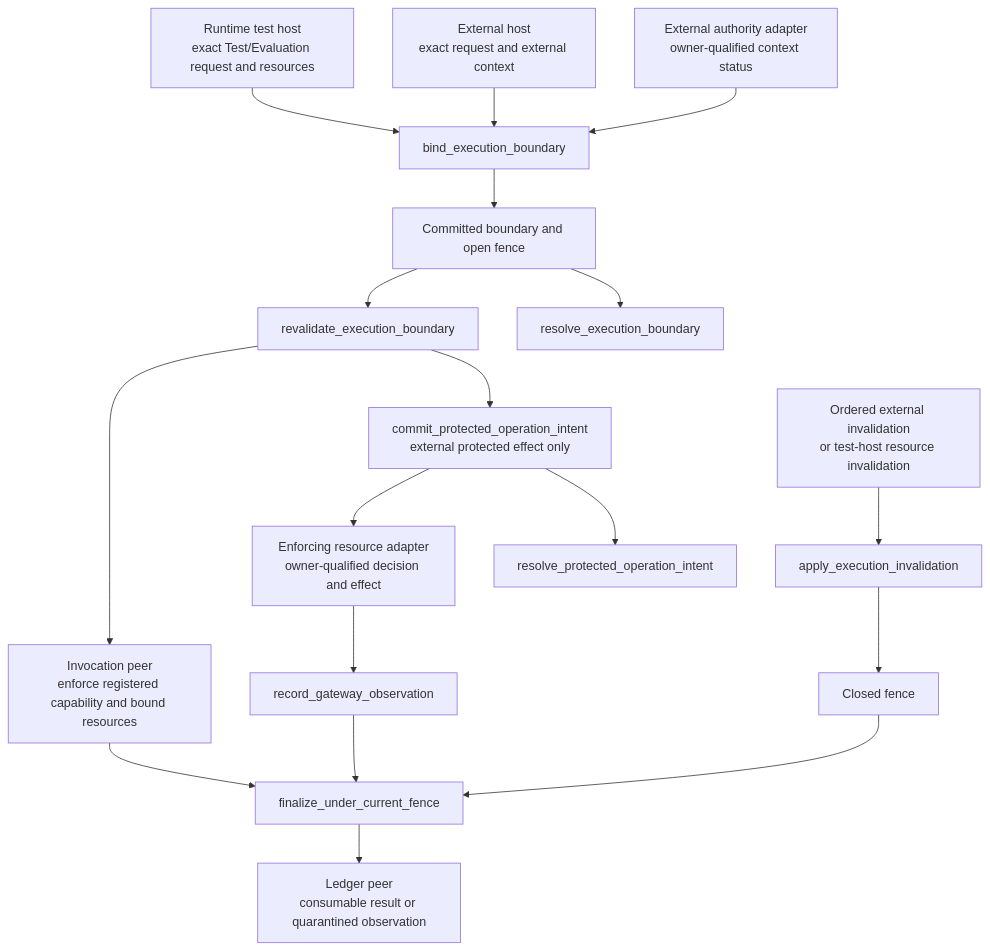
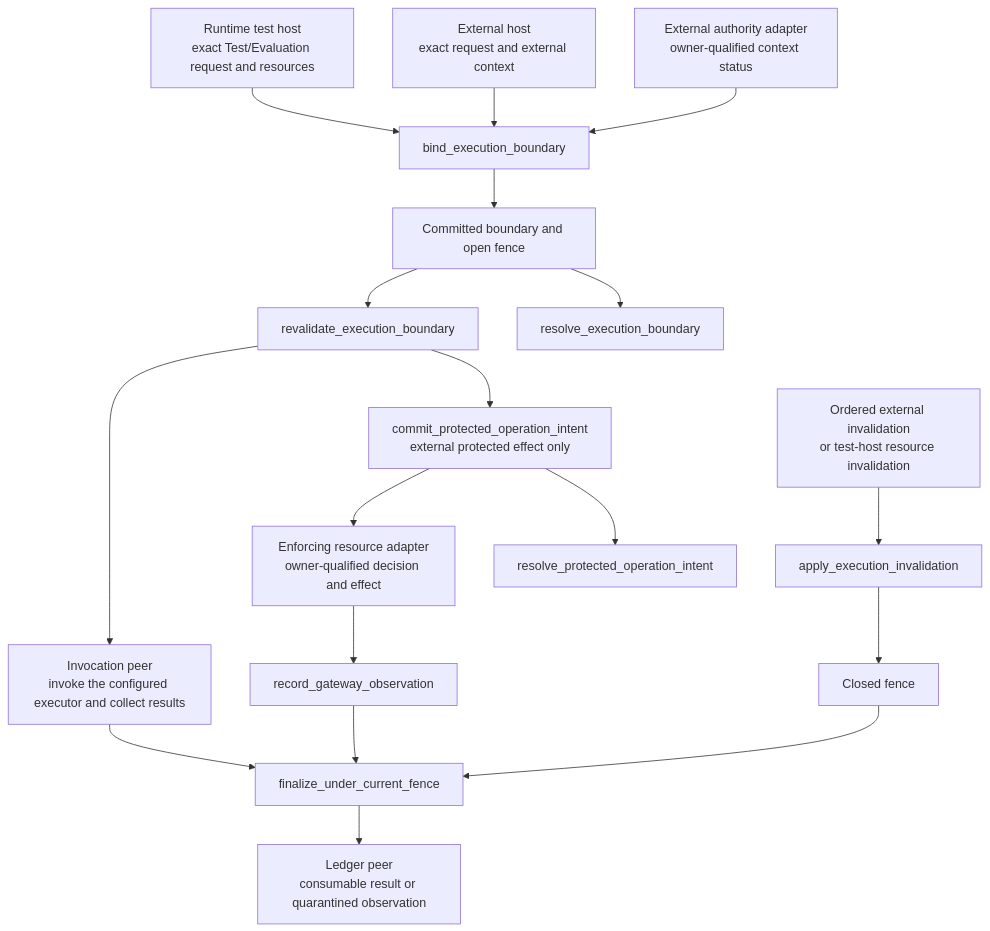
Before and after one commit to bobaoai/agent_runtime: the diagram in src/agent_runtime/design_contract/agent_runtime_09_authorization_integration_contract.md, drawn with Mermaid. The commit also changed other lines of this file and 107 other files, not shown here.

````diff
--- a/src/agent_runtime/design_contract/agent_runtime_09_authorization_integration_contract.md
+++ b/src/agent_runtime/design_contract/agent_runtime_09_authorization_integration_contract.md
@@ -76,20 +76,20 @@
 ```mermaid
 flowchart TD
     T["Runtime test host<br/>exact Test/Evaluation request and resources"] --> B["bind_execution_boundary"]
     H["External host<br/>exact request and external context"] --> B
     A["External authority adapter<br/>owner-qualified context status"] --> B
     B --> C["Committed boundary and open fence"]
     C --> R["revalidate_execution_boundary"]
-    R --> I["Invocation peer<br/>enforce registered capability and bound resources"]
+    R --> I["Invocation peer<br/>invoke the configured executor and collect results"]
     R --> P["commit_protected_operation_intent<br/>external protected effect only"]
     P --> G["Enforcing resource adapter<br/>owner-qualified decision and effect"]
     G --> O["record_gateway_observation"]
     E["Ordered external invalidation<br/>or test-host resource invalidation"] --> F["apply_execution_invalidation"]
     F --> Q["Closed fence"]
     I --> V["finalize_under_current_fence"]
     O --> V
     Q --> V
     V --> L["Ledger peer<br/>consumable result or quarantined observation"]
     C --> X["resolve_execution_boundary"]
     P --> Y["resolve_protected_operation_intent"]
 ```
````
